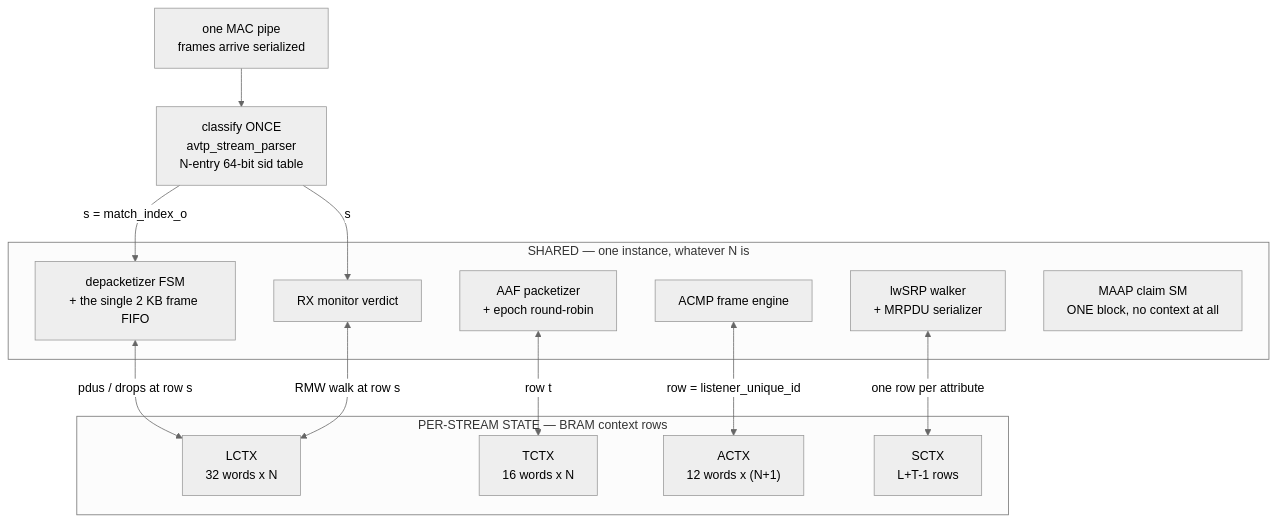
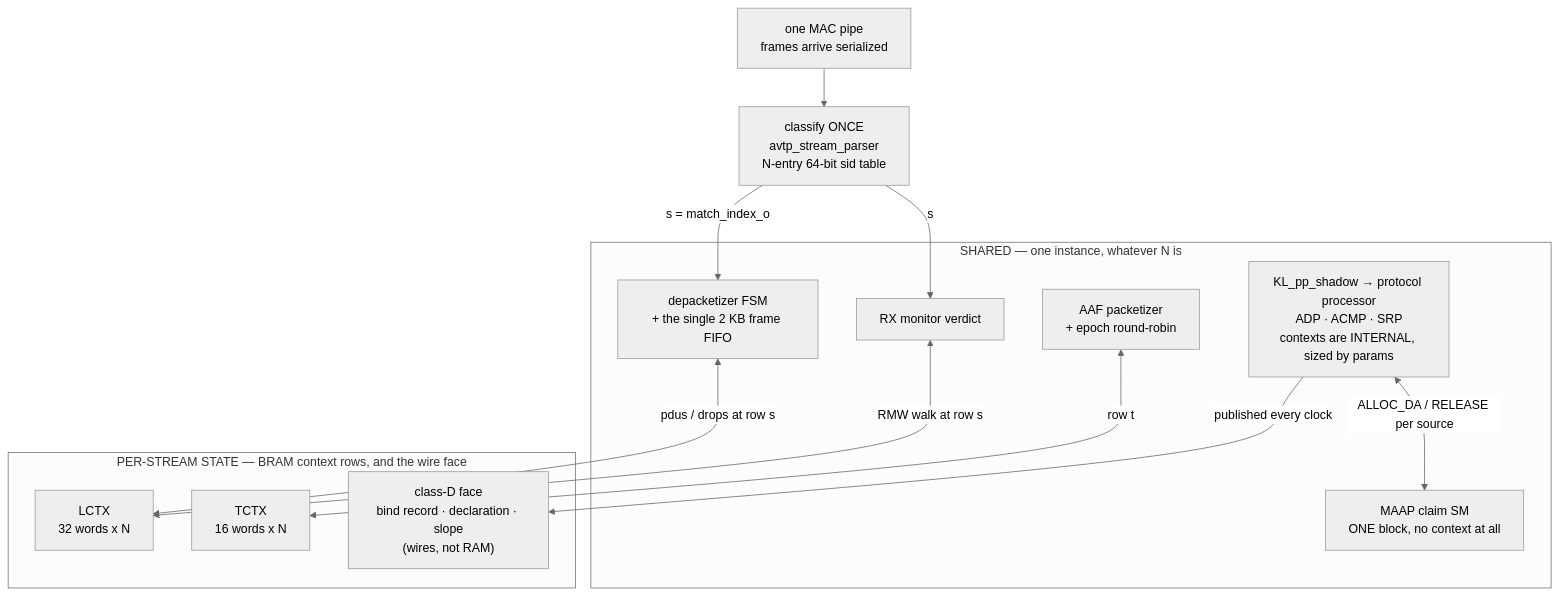
The first of 4 diagrams in docs/NXN_ARCHITECTURE.md (kebag-logic/milan-fpga), drawn with Mermaid (neutral theme) before and after one commit. The commit also changed other lines of this file and 362 other files, not shown here.

Commit message:
The legacy 1722.1/SRP control plane is deleted: the protocol processor is the only one

````diff
--- a/docs/NXN_ARCHITECTURE.md
+++ b/docs/NXN_ARCHITECTURE.md
@@ -27,25 +66,23 @@
 ```mermaid
 flowchart TB
     RX["one MAC pipe<br/>frames arrive serialized"] --> CLS["classify ONCE<br/>avtp_stream_parser<br/>N-entry 64-bit sid table"]
     CLS -->|"s = match_index_o"| E1
     CLS -->|"s"| E2
     subgraph SH["SHARED — one instance, whatever N is"]
         E1["depacketizer FSM<br/>+ the single 2 KB frame FIFO"]
         E2["RX monitor verdict"]
         E3["AAF packetizer<br/>+ epoch round-robin"]
-        E4["ACMP frame engine"]
-        E5["lwSRP walker<br/>+ MRPDU serializer"]
+        E4["KL_pp_shadow → protocol processor<br/>ADP · ACMP · SRP<br/>contexts are INTERNAL, sized by params"]
         E6["MAAP claim SM<br/>ONE block, no context at all"]
     end
-    subgraph CX["PER-STREAM STATE — BRAM context rows"]
+    subgraph CX["PER-STREAM STATE — BRAM context rows, and the wire face"]
         C1["LCTX<br/>32 words x N"]
         C2["TCTX<br/>16 words x N"]
-        C3["ACTX<br/>12 words x (N+1)"]
-        C4["SCTX<br/>L+T-1 rows"]
+        C5["class-D face<br/>bind record · declaration · slope<br/>(wires, not RAM)"]
     end
     E1 <-->|"pdus / drops at row s"| C1
     E2 <-->|"RMW walk at row s"| C1
     E3 <-->|"row t"| C2
-    E4 <-->|"row = listener_unique_id"| C3
-    E5 <-->|"one row per attribute"| C4
+    E4 -->|"published every clock"| C5
+    E4 <-->|"ALLOC_DA / RELEASE per source"| E6
 ```
````
